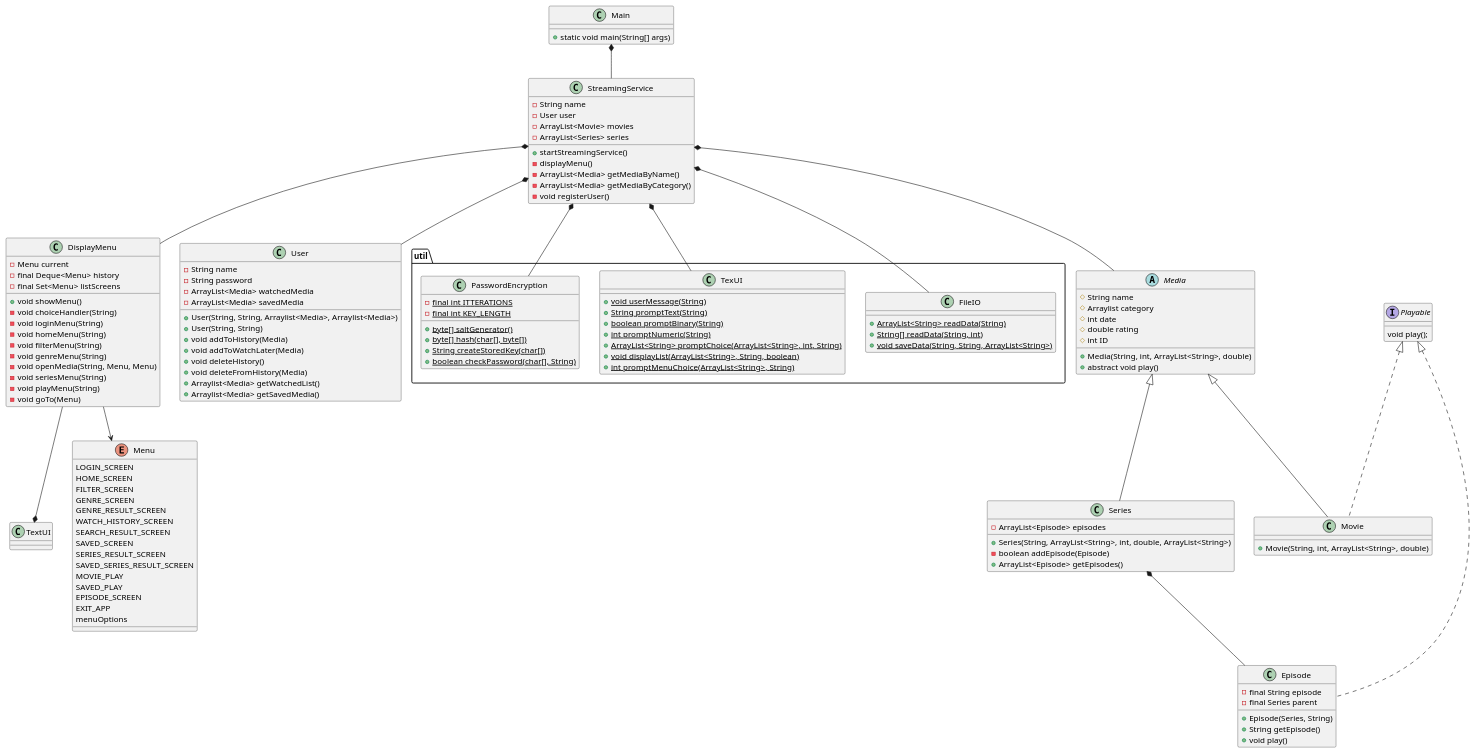
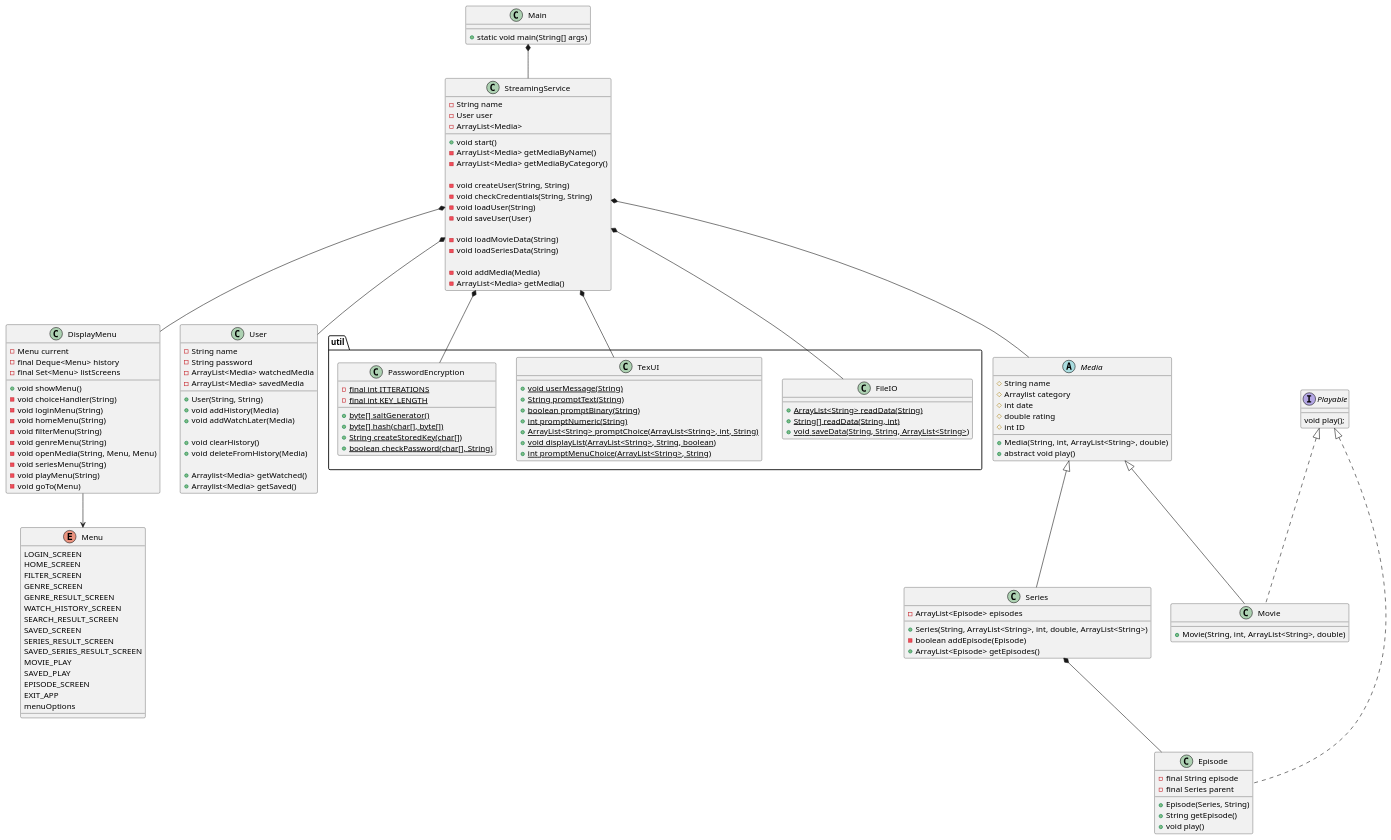
One commit to Studiegruppe-B/SP3-Streamingtjeneste changed the diagram in doc/static/classDiagram.puml. Above: the diagram before and after it, drawn with PlantUML.

Commit message:
Updated class diagram

```diff
--- a/doc/static/classDiagram.puml
+++ b/doc/static/classDiagram.puml
@@ -1,148 +1,156 @@
 @startuml
 class Main{
 + static void main(String[] args)
 
 }
 
 class StreamingService{
 - String name
 - User user
-- ArrayList<Movie> movies
-- ArrayList<Series> series
-+ startStreamingService()
-- displayMenu()
+- ArrayList<Media>
++ void start()
 - ArrayList<Media> getMediaByName()
 - ArrayList<Media> getMediaByCategory()
-- void registerUser()
+
+- void createUser(String, String)
+- void checkCredentials(String, String)
+- void loadUser(String)
+- void saveUser(User)
+
+- void loadMovieData(String)
+- void loadSeriesData(String)
+
+- void addMedia(Media)
+- ArrayList<Media> getMedia()
 }
 
 
 
 
 abstract class Media{
 # String name
 # Arraylist category
 # int date
 # double rating
 # int ID
 + Media(String, int, ArrayList<String>, double)
 + abstract void play()
 
 }
 interface Playable {
 void play();
 }
 enum Menu{
 LOGIN_SCREEN
 HOME_SCREEN
 FILTER_SCREEN
 GENRE_SCREEN
 GENRE_RESULT_SCREEN
 WATCH_HISTORY_SCREEN
 SEARCH_RESULT_SCREEN
 SAVED_SCREEN
 SERIES_RESULT_SCREEN
 SAVED_SERIES_RESULT_SCREEN
 MOVIE_PLAY
 SAVED_PLAY
 EPISODE_SCREEN
 EXIT_APP
 menuOptions
 }
 
 class Episode implements Playable {
 - final String episode
 - final Series parent
 + Episode(Series, String)
 + String getEpisode()
 + void play()
 }
 
 class Movie implements Playable{
 + Movie(String, int, ArrayList<String>, double)
 }
 
 class Series {
 - ArrayList<Episode> episodes
 + Series(String, ArrayList<String>, int, double, ArrayList<String>)
 - boolean addEpisode(Episode)
 + ArrayList<Episode> getEpisodes()
 }
 
 class DisplayMenu{
 - Menu current
 - final Deque<Menu> history
 - final Set<Menu> listScreens
 + void showMenu()
 - void choiceHandler(String)
 - void loginMenu(String)
 - void homeMenu(String)
 - void filterMenu(String)
 - void genreMenu(String)
 - void openMedia(String, Menu, Menu)
 - void seriesMenu(String)
 - void playMenu(String)
 - void goTo(Menu)
 }
 
 
 class User{
 - String name
 - String password
 - ArrayList<Media> watchedMedia
 - ArrayList<Media> savedMedia
-+ User(String, String, Arraylist<Media>, Arraylist<Media>)
 + User(String, String)
-+ void addToHistory(Media)
-+ void addToWatchLater(Media)
-+ void deleteHistory()
++ void addHistory(Media)
++ void addWatchLater(Media)
+
++ void clearHistory()
 + void deleteFromHistory(Media)
-+ Arraylist<Media> getWatchedList()
-+ Arraylist<Media> getSavedMedia()
+
++ Arraylist<Media> getWatched()
++ Arraylist<Media> getSaved()
 }
 
 package "util"{
 class FileIO{
 + {static} ArrayList<String> readData(String)
 + {static} String[] readData(String, int)
 + {static} void saveData(String, String, ArrayList<String>)
 }
 
 class TexUI{
 + {static} void userMessage(String)
 + {static} String promptText(String)
 + {static} boolean promptBinary(String)
 + {static} int promptNumeric(String)
 + {static} ArrayList<String> promptChoice(ArrayList<String>, int, String)
 + {static} void displayList(ArrayList<String>, String, boolean)
 + {static} int promptMenuChoice(ArrayList<String>, String)
 
 }
 
 class PasswordEncryption{
 - {static} final int ITTERATIONS
 - {static} final int KEY_LENGTH
 + {static} byte[] saltGenerator()
 + {static} byte[] hash(char[], byte[])
 + {static} String createStoredKey(char[])
 + {static} boolean checkPassword(char[], String)
 }
 
 
 
 
 }
 
 Main *-- StreamingService
 StreamingService *-- Media
 StreamingService *-- FileIO
 StreamingService *-- TexUI
 StreamingService *-- User
 StreamingService *-- DisplayMenu
 Media <|-- Movie
 Media <|-- Series
 Series *-- Episode
 StreamingService *-- PasswordEncryption
 DisplayMenu --> Menu
-DisplayMenu --* TextUI
 @enduml
```
